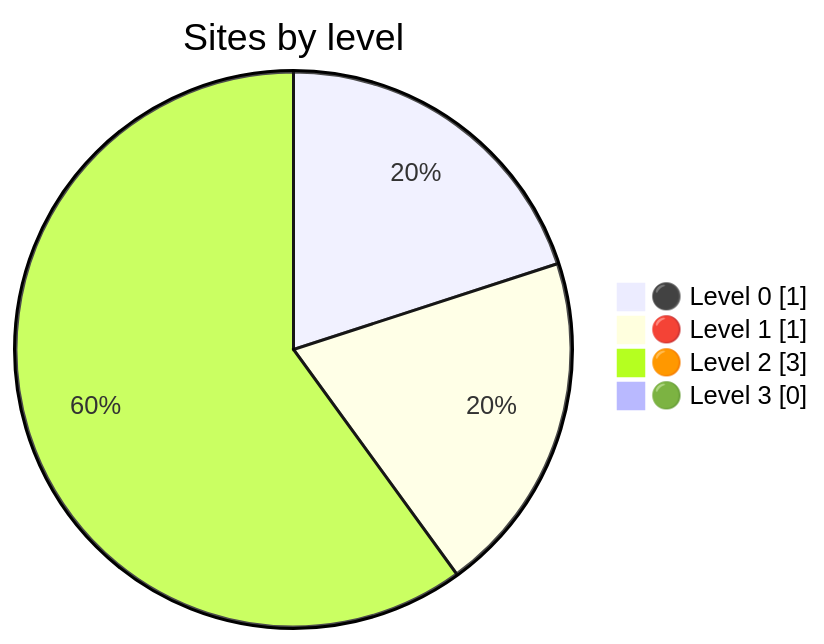
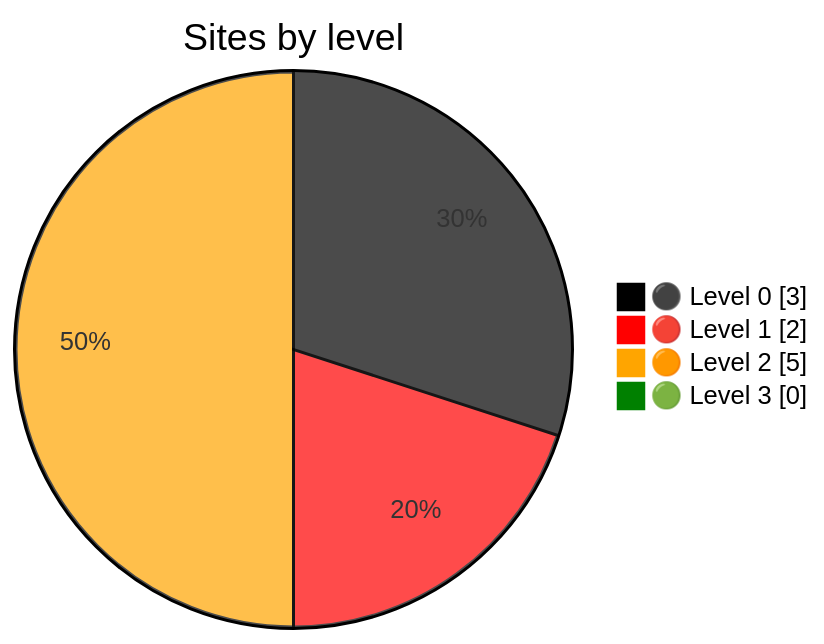
One commit to MalinrRuwan/gov_lk_web_auditor changed the diagram in README.md. Above: the diagram before and after it, drawn with Mermaid. The commit also changed other lines of this file and 100 other files, not shown here.

````diff
--- a/README.md
+++ b/README.md
@@ -24,12 +24,9 @@
 ```mermaid
-%%{init: {"themeVariables":{"pie1":"black","pie2":"red","pie3":"orange
-
-
-","pie4":"green"}}}%%
+%%{init: {"themeVariables":{"pie1":"black","pie2":"red","pie3":"orange","pie4":"green"}}}%%
 pie showData
     title Sites by level
-    "⚫ Level 0" : 1
-    "🔴 Level 1" : 1
-    "🟠 Level 2" : 3
+    "⚫ Level 0" : 3
+    "🔴 Level 1" : 2
+    "🟠 Level 2" : 5
     "🟢 Level 3" : 0
 ```
````
